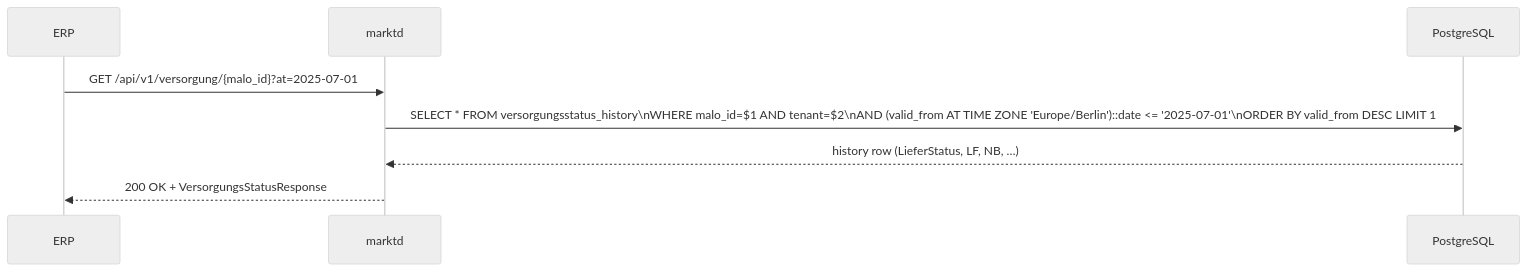
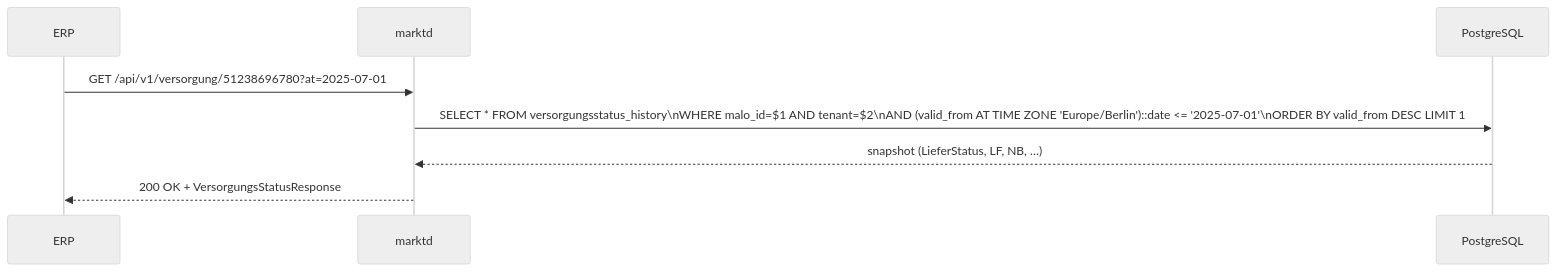
Before and after one commit to hupe1980/mako: the fourth of 5 diagrams in docs/marktd.md, drawn with Mermaid (neutral theme). The commit also changed other lines of this file and 163 other files, not shown here.

First line of the commit message:
feat(sperrd): add Sperrung execution tracking daemon with PostgreSQL support

````diff
--- a/docs/marktd.md
+++ b/docs/marktd.md
@@ -891,11 +1104,11 @@
 ```mermaid
 sequenceDiagram
     participant ERP
     participant marktd
     participant PostgreSQL
 
-    ERP->>marktd: GET /api/v1/versorgung/{malo_id}?at=2025-07-01
+    ERP->>marktd: GET /api/v1/versorgung/51238696780?at=2025-07-01
     marktd->>PostgreSQL: SELECT * FROM versorgungsstatus_history\nWHERE malo_id=$1 AND tenant=$2\nAND (valid_from AT TIME ZONE 'Europe/Berlin')::date <= '2025-07-01'\nORDER BY valid_from DESC LIMIT 1
-    PostgreSQL-->>marktd: history row (LieferStatus, LF, NB, …)
+    PostgreSQL-->>marktd: snapshot (LieferStatus, LF, NB, …)
     marktd-->>ERP: 200 OK + VersorgungsStatusResponse
 ```
````
